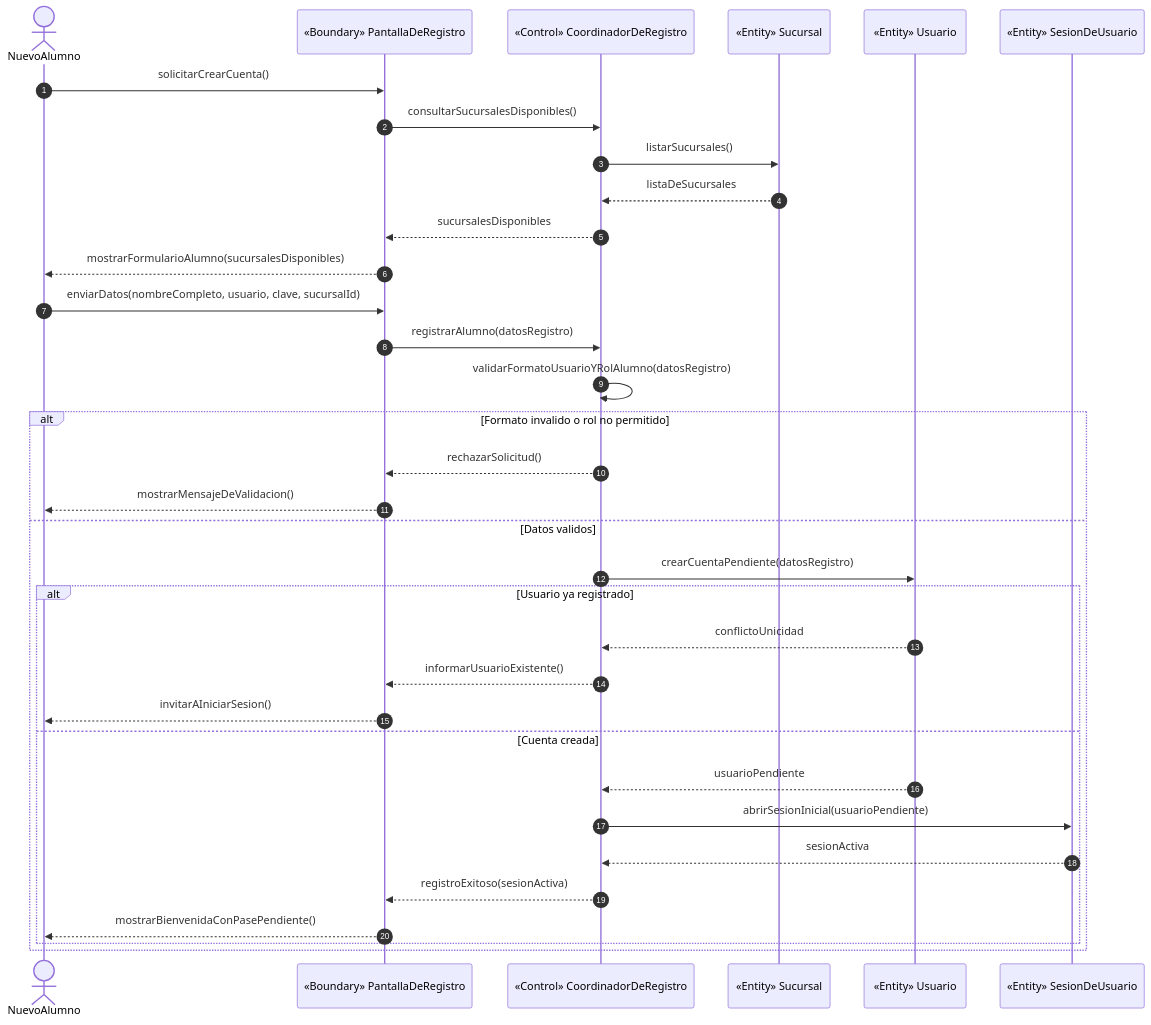
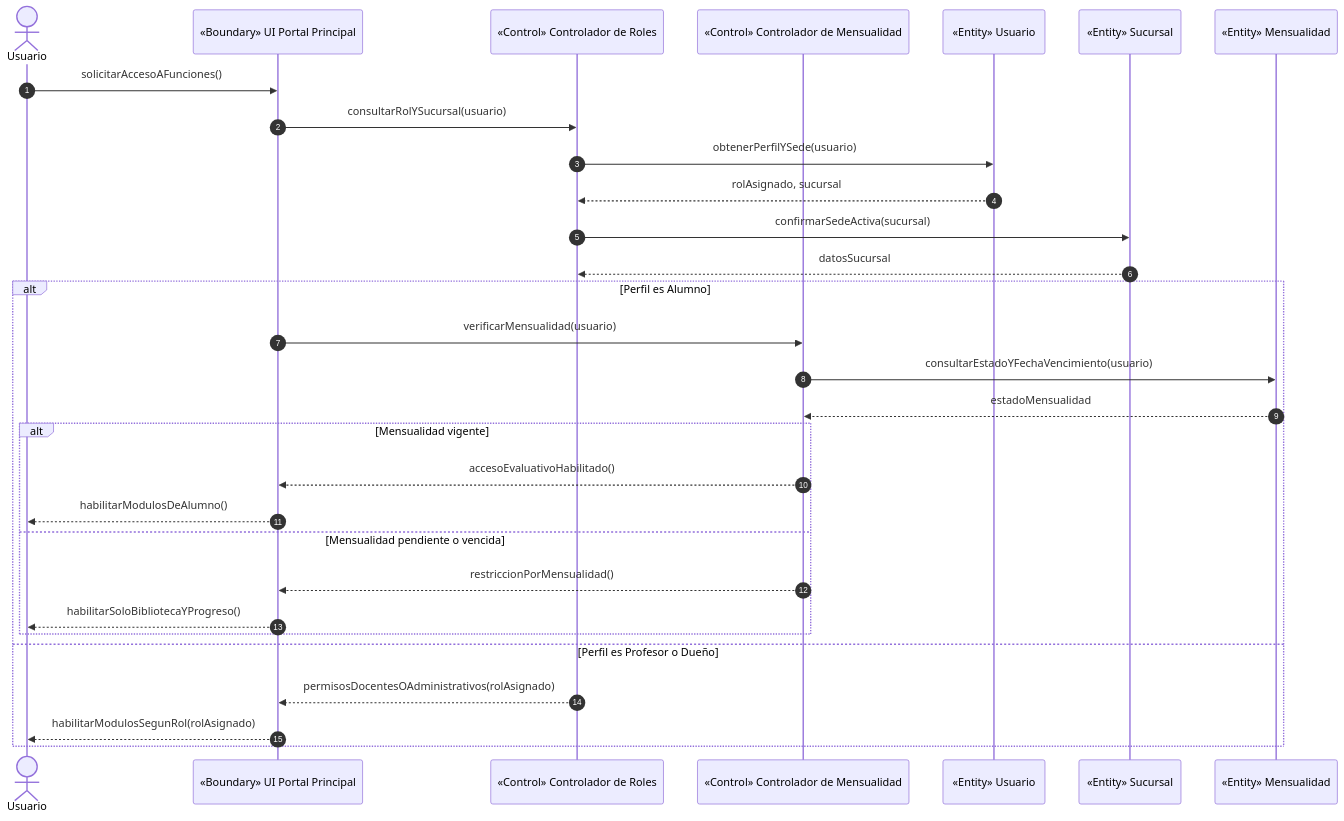
Before and after one commit to Tsmrain/JiuJitsu: the diagram in docs/diagramas/codigo/cu02_secuencia.mmd, drawn with Mermaid. The commit also changed 117 other files, not shown here.

Commit message:
docs: actualizar ProyectoGrado.docx y diagramas UML (Capitulo V y VI)

```diff
--- a/docs/diagramas/codigo/cu02_secuencia.mmd
+++ b/docs/diagramas/codigo/cu02_secuencia.mmd
@@ -1,35 +1,31 @@
 sequenceDiagram
     autonumber
-    actor AL as NuevoAlumno
-    participant B1 as «Boundary» PantallaDeRegistro
-    participant C1 as «Control» CoordinadorDeRegistro
-    participant E1 as «Entity» Sucursal
-    participant E2 as «Entity» Usuario
-    participant E3 as «Entity» SesionDeUsuario
+    actor U as Usuario
+    participant B1 as «Boundary» UI Portal Principal
+    participant C1 as «Control» Controlador de Roles
+    participant C2 as «Control» Controlador de Mensualidad
+    participant E1 as «Entity» Usuario
+    participant E2 as «Entity» Sucursal
+    participant E3 as «Entity» Mensualidad
 
-    AL->>B1: solicitarCrearCuenta()
-    B1->>C1: consultarSucursalesDisponibles()
-    C1->>E1: listarSucursales()
-    E1-->>C1: listaDeSucursales
-    C1-->>B1: sucursalesDisponibles
-    B1-->>AL: mostrarFormularioAlumno(sucursalesDisponibles)
-    AL->>B1: enviarDatos(nombreCompleto, usuario, clave, sucursalId)
-    B1->>C1: registrarAlumno(datosRegistro)
-    C1->>C1: validarFormatoUsuarioYRolAlumno(datosRegistro)
-    alt Formato invalido o rol no permitido
-        C1-->>B1: rechazarSolicitud()
-        B1-->>AL: mostrarMensajeDeValidacion()
-    else Datos validos
-        C1->>E2: crearCuentaPendiente(datosRegistro)
-        alt Usuario ya registrado
-            E2-->>C1: conflictoUnicidad
-            C1-->>B1: informarUsuarioExistente()
-            B1-->>AL: invitarAIniciarSesion()
-        else Cuenta creada
-            E2-->>C1: usuarioPendiente
-            C1->>E3: abrirSesionInicial(usuarioPendiente)
-            E3-->>C1: sesionActiva
-            C1-->>B1: registroExitoso(sesionActiva)
-            B1-->>AL: mostrarBienvenidaConPasePendiente()
+    U->>B1: solicitarAccesoAFunciones()
+    B1->>C1: consultarRolYSucursal(usuario)
+    C1->>E1: obtenerPerfilYSede(usuario)
+    E1-->>C1: rolAsignado, sucursal
+    C1->>E2: confirmarSedeActiva(sucursal)
+    E2-->>C1: datosSucursal
+    alt Perfil es Alumno
+        B1->>C2: verificarMensualidad(usuario)
+        C2->>E3: consultarEstadoYFechaVencimiento(usuario)
+        E3-->>C2: estadoMensualidad
+        alt Mensualidad vigente
+            C2-->>B1: accesoEvaluativoHabilitado()
+            B1-->>U: habilitarModulosDeAlumno()
+        else Mensualidad pendiente o vencida
+            C2-->>B1: restriccionPorMensualidad()
+            B1-->>U: habilitarSoloBibliotecaYProgreso()
         end
+    else Perfil es Profesor o Dueño
+        C1-->>B1: permisosDocentesOAdministrativos(rolAsignado)
+        B1-->>U: habilitarModulosSegunRol(rolAsignado)
     end
```
